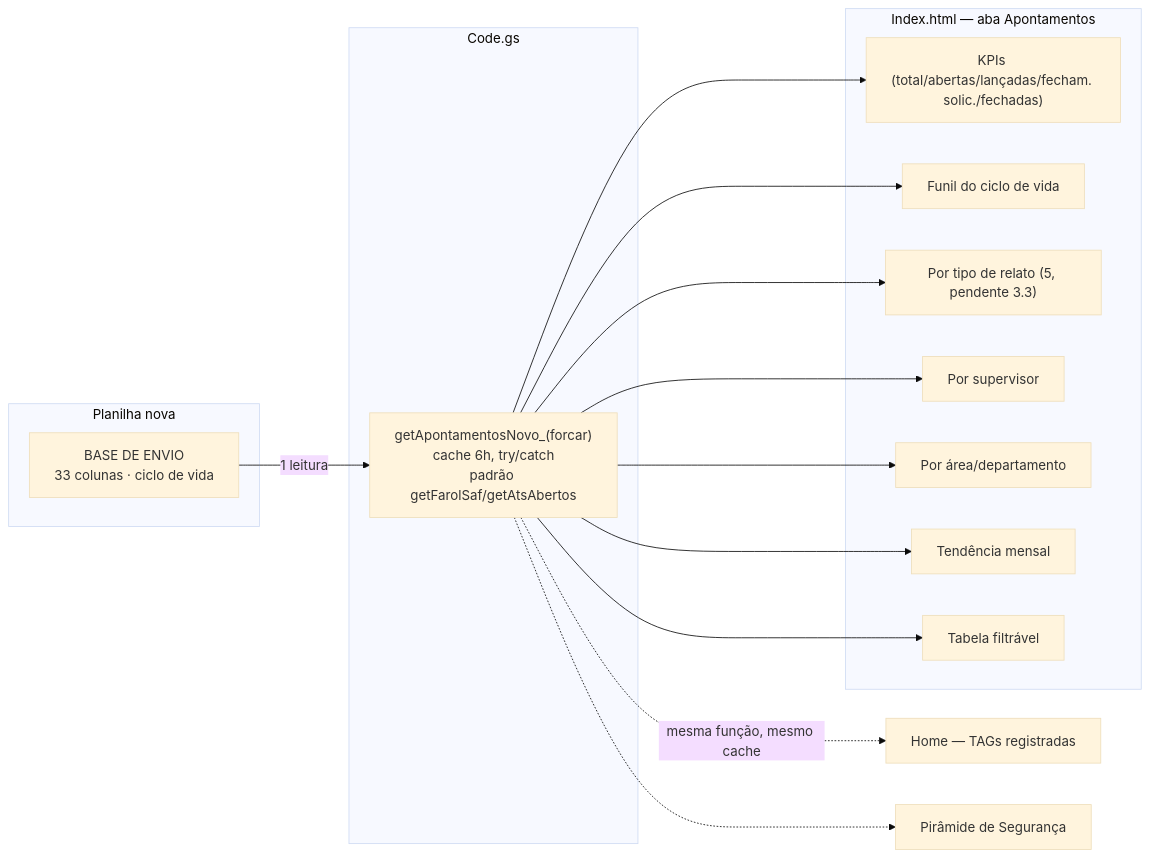
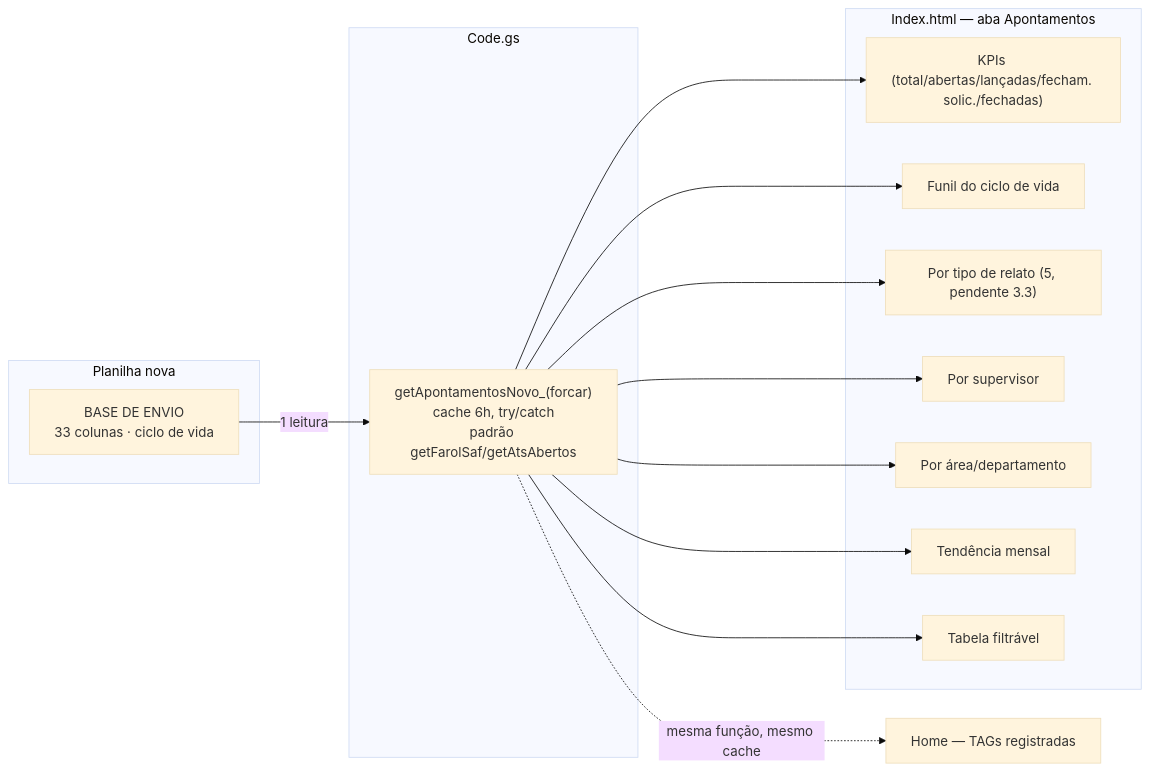
One commit to EduardoLe/siteEHS-Style changed the diagram in docs/superpowers/specs/2026-09-20-apontamentos-rebuild-design.md. Above: the diagram before and after it, drawn with Mermaid (base theme). The commit also changed other lines of this file and 1 other file, not shown here.

First line of the commit message:
Implement Apontamentos backend skeleton and revise Pirâmide scope

````diff
--- a/docs/superpowers/specs/2026-09-20-apontamentos-rebuild-design.md
+++ b/docs/superpowers/specs/2026-09-20-apontamentos-rebuild-design.md
@@ -163,21 +170,20 @@
 ```mermaid
 flowchart LR
     subgraph Planilha["Planilha nova"]
         BE["BASE DE ENVIO\n33 colunas · ciclo de vida"]
     end
     subgraph Backend["Code.gs"]
         F["getApontamentosNovo_(forcar)\ncache 6h, try/catch\npadrão getFarolSaf/getAtsAbertos"]
     end
     subgraph Frontend["Index.html — aba Apontamentos"]
         K["KPIs (total/abertas/lançadas/fecham. solic./fechadas)"]
         FU["Funil do ciclo de vida"]
         T["Por tipo de relato (5, pendente 3.3)"]
         S["Por supervisor"]
         AR["Por área/departamento"]
         TE["Tendência mensal"]
         TB["Tabela filtrável"]
     end
     BE -->|1 leitura| F --> K & FU & T & S & AR & TE & TB
     F -.->|mesma função, mesmo cache| Home["Home — TAGs registradas"]
-    F -.-> Pir["Pirâmide de Segurança"]
 ```
````
